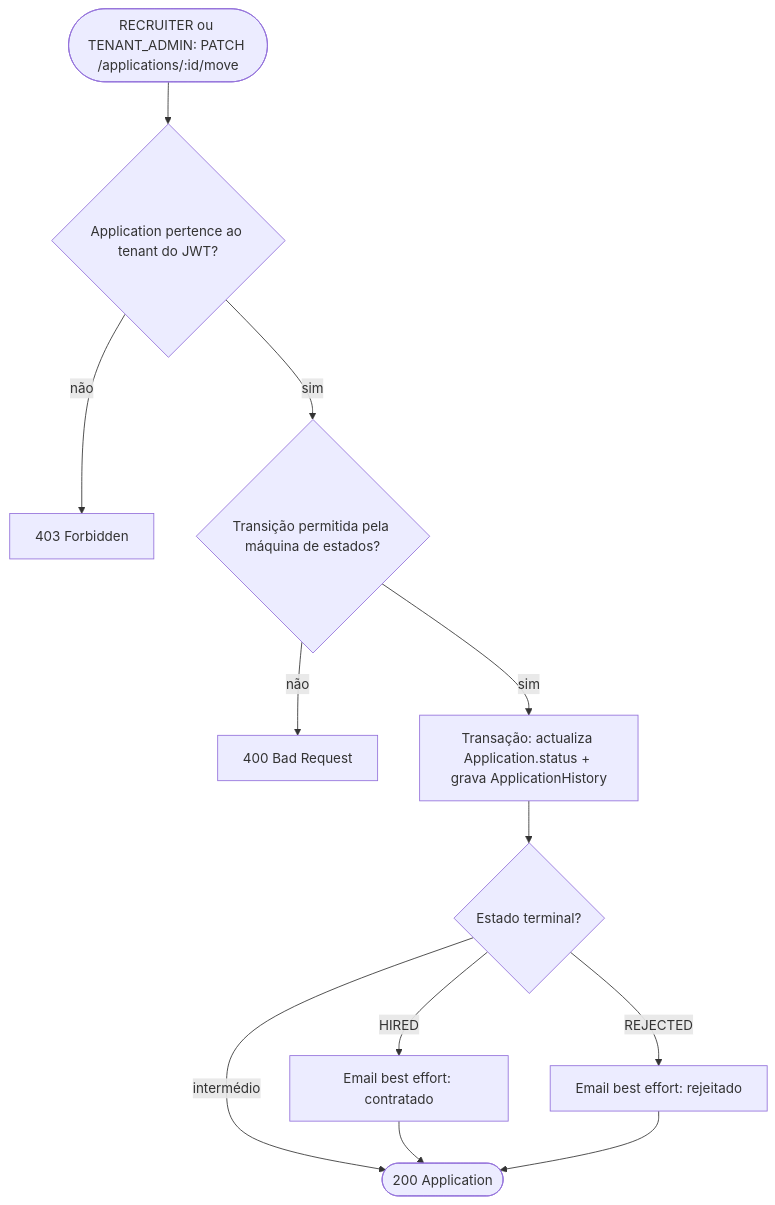
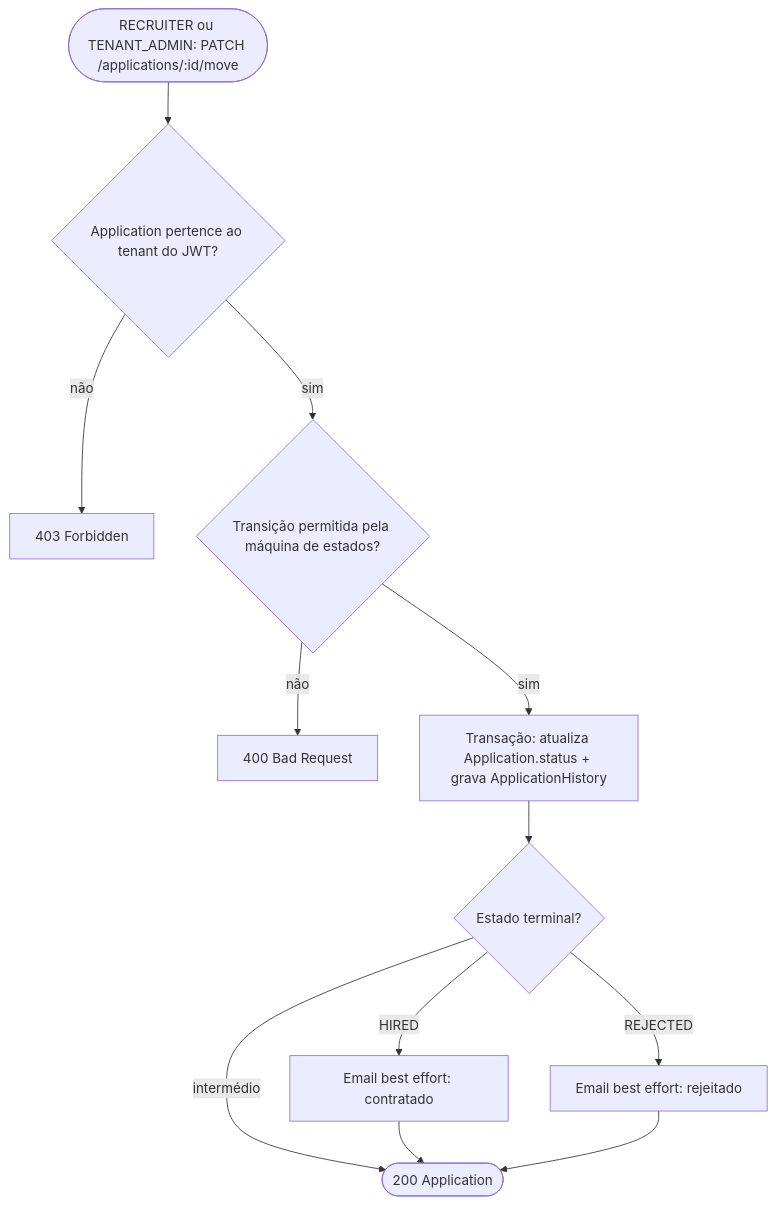
Before and after one commit to AndreXime/deploy-talent: the eighth of 13 diagrams in FLUXOS.md, drawn with Mermaid. The commit also changed other lines of this file and 50 other files, not shown here.

````diff
--- a/FLUXOS.md
+++ b/FLUXOS.md
@@ -158,14 +158,14 @@
 ```mermaid
 flowchart TD
     start([RECRUITER ou TENANT_ADMIN: PATCH /applications/:id/move]) --> scope{Application pertence ao tenant do JWT?}
     scope -- não --> err403[403 Forbidden]
     scope -- sim --> rules{Transição permitida pela máquina de estados?}
     rules -- não --> err400[400 Bad Request]
-    rules -- sim --> tx[Transação: actualiza Application.status + grava ApplicationHistory]
+    rules -- sim --> tx[Transação: atualiza Application.status + grava ApplicationHistory]
     tx --> terminal{Estado terminal?}
     terminal -- HIRED --> emailHired[Email best effort: contratado]
     terminal -- REJECTED --> emailRej[Email best effort: rejeitado]
     terminal -- intermédio --> done
     emailHired --> done([200 Application])
     emailRej --> done
 ```
````
